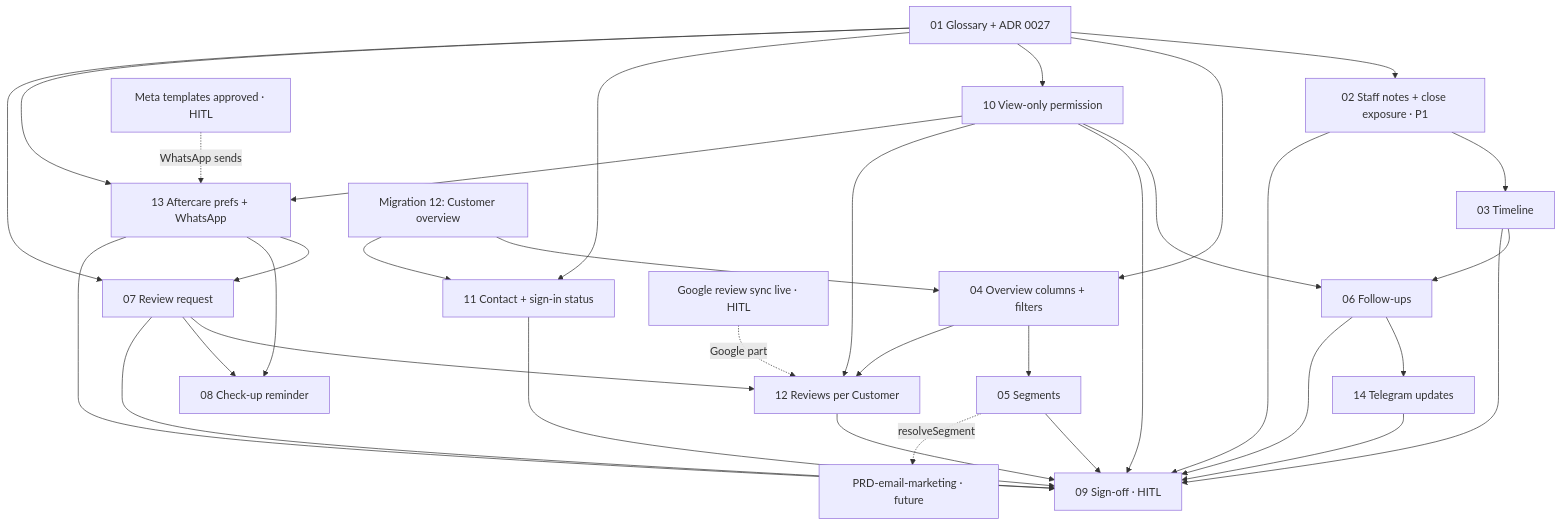
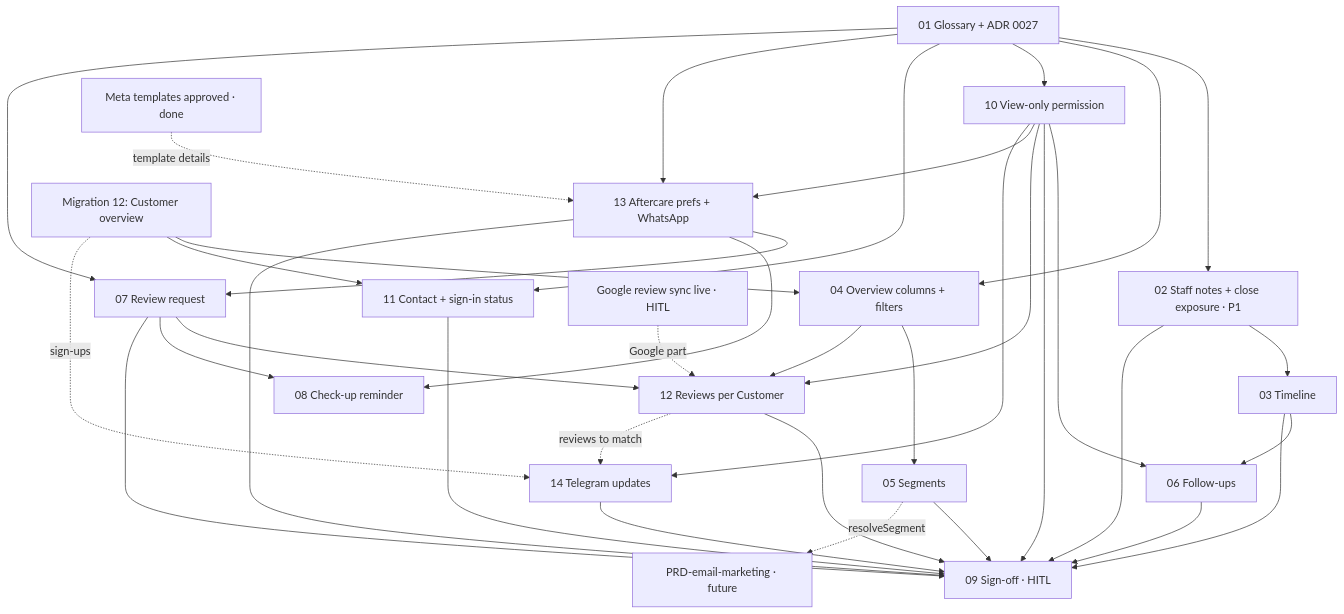
Before and after one commit to ivanyeors/mp: the diagram in .claude/PRD-customer-crm/issues/README.md, drawn with Mermaid. The commit also changed other lines of this file and 16 other files, not shown here.

````diff
--- a/.claude/PRD-customer-crm/issues/README.md
+++ b/.claude/PRD-customer-crm/issues/README.md
@@ -34,55 +34,57 @@
 ```mermaid
 graph TD
   s01[01 Glossary + ADR 0027]
   s02[02 Staff notes + close exposure · P1]
   s03[03 Timeline]
   s04[04 Overview columns + filters]
   s05[05 Segments]
   s06[06 Follow-ups]
   s07[07 Review request]
   s08[08 Check-up reminder]
   s09[09 Sign-off · HITL]
   s10[10 View-only permission]
   s11[11 Contact + sign-in status]
   s12[12 Reviews per Customer]
   gr[Google review sync live · HITL]
   s13[13 Aftercare prefs + WhatsApp]
   s14[14 Telegram updates]
-  meta[Meta templates approved · HITL]
+  meta[Meta templates approved · done]
   m12[Migration 12: Customer overview]
   em[PRD-email-marketing · future]
 
   s01 --> s02
   s02 --> s03
   s01 --> s04
   m12 --> s04
   s04 --> s05
   s03 --> s06
   s01 --> s10
   s10 --> s06
   s01 --> s11
   m12 --> s11
   s10 --> s09
   s11 --> s09
   s04 --> s12
   s07 --> s12
   s10 --> s12
   gr -. Google part .-> s12
   s12 --> s09
   s01 --> s13
   s10 --> s13
   s13 --> s07
   s13 --> s08
-  meta -. WhatsApp sends .-> s13
-  s06 --> s14
+  meta -. template details .-> s13
+  s10 --> s14
+  s12 -. reviews to match .-> s14
+  m12 -. sign-ups .-> s14
   s13 --> s09
   s14 --> s09
   s01 --> s07
   s07 --> s08
   s02 --> s09
   s03 --> s09
   s05 --> s09
   s06 --> s09
   s07 --> s09
   s05 -. resolveSegment .-> em
 ```
````
